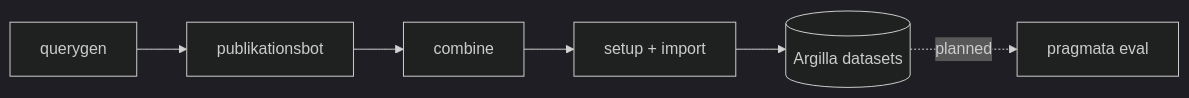
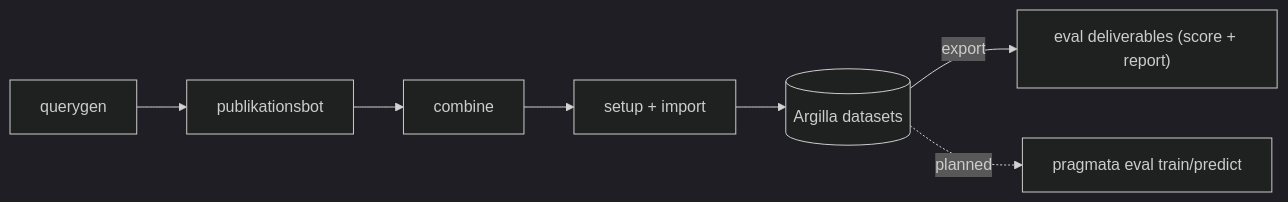
The diagram in README.md (hertie-data-science-lab/pragmata-workspace), drawn with Mermaid (dark theme) before and after one commit. The commit also changed other lines of this file and 6 other files, not shown here.

````diff
--- a/README.md
+++ b/README.md
@@ -9,5 +9,6 @@
 ```mermaid
 flowchart LR
   qg[querygen] --> bot[publikationsbot] --> comb[combine] --> imp["setup + import"] --> arg[(Argilla datasets)]
-  arg -. planned .-> ev[pragmata eval]
+  arg -->|export| ev["eval deliverables (score + report)"]
+  arg -. planned .-> tr["pragmata eval train/predict"]
 ```
````
